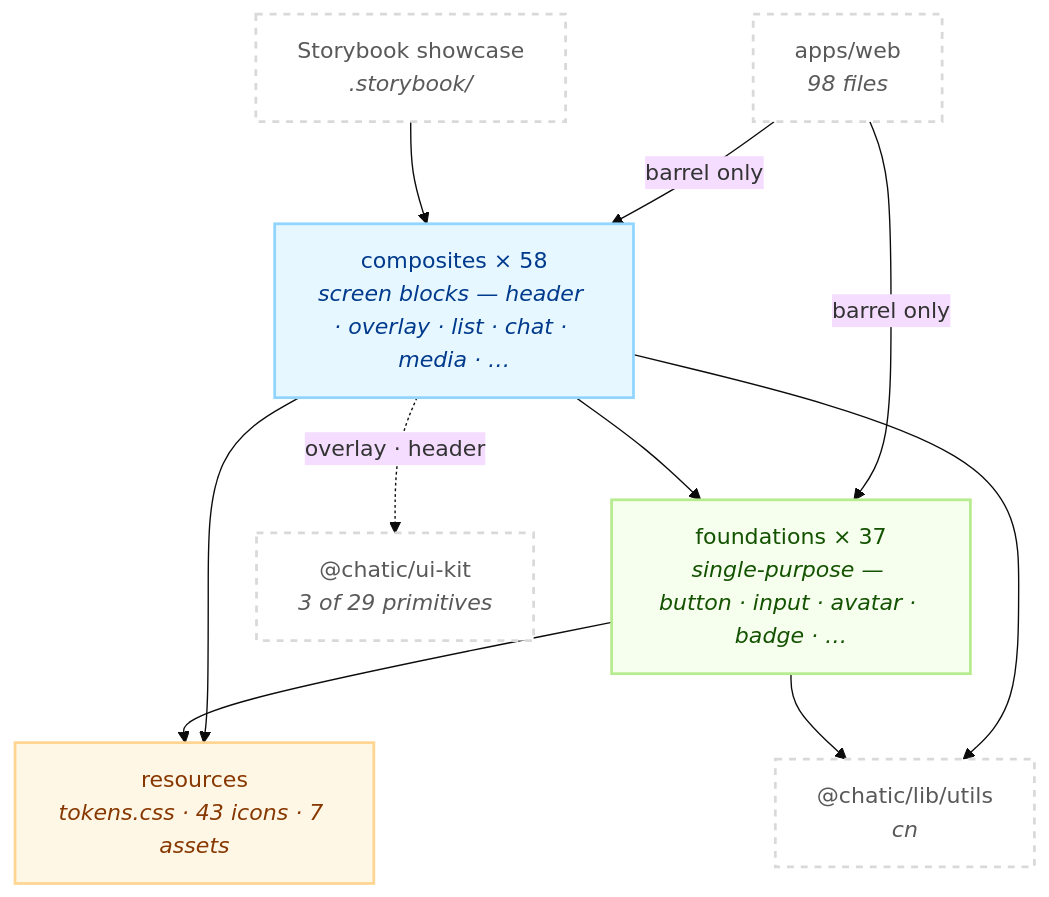
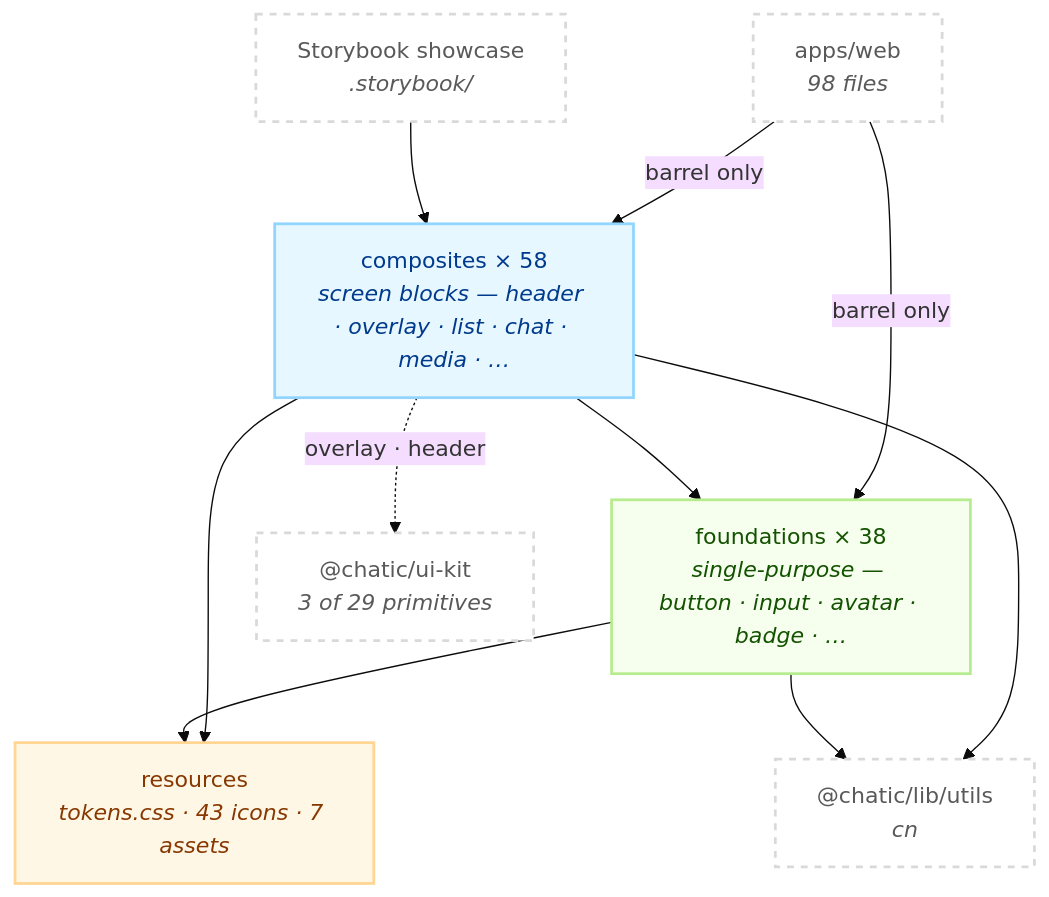
The first of 2 diagrams in libs/web-ui-kit/README.md (lemoncloud-io/dou-app), drawn with Mermaid (base theme) before and after one commit. The commit also changed other lines of this file and 80 other files, not shown here.

````diff
--- a/libs/web-ui-kit/README.md
+++ b/libs/web-ui-kit/README.md
@@ -102,27 +102,27 @@
 ```mermaid
 flowchart TD
     classDef comp fill:#e6f7ff,stroke:#91d5ff,stroke-width:2px,color:#003a8c;
     classDef found fill:#f6ffed,stroke:#b7eb8f,stroke-width:2px,color:#135200;
     classDef res fill:#fff7e6,stroke:#ffd591,stroke-width:2px,color:#873800;
     classDef ext fill:#ffffff,stroke:#d9d9d9,stroke-width:2px,color:#595959,stroke-dasharray: 5 5;
 
     App["apps/web<br/><i>98 files</i>"]:::ext
     SB["Storybook showcase<br/><i>.storybook/</i>"]:::ext
 
     C["composites × 58<br/><i>screen blocks — header · overlay · list · chat · media · …</i>"]:::comp
-    F["foundations × 37<br/><i>single-purpose — button · input · avatar · badge · …</i>"]:::found
+    F["foundations × 38<br/><i>single-purpose — button · input · avatar · badge · …</i>"]:::found
     R["resources<br/><i>tokens.css · 43 icons · 7 assets</i>"]:::res
 
     UK["@chatic/ui-kit<br/><i>3 of 29 primitives</i>"]:::ext
     CN["@chatic/lib/utils<br/><i>cn</i>"]:::ext
 
     App -->|"barrel only"| C
     App -->|"barrel only"| F
     SB --> C
     C --> F
     C --> R
     F --> R
     C -.->|"overlay · header"| UK
     C --> CN
     F --> CN
 ```
````
